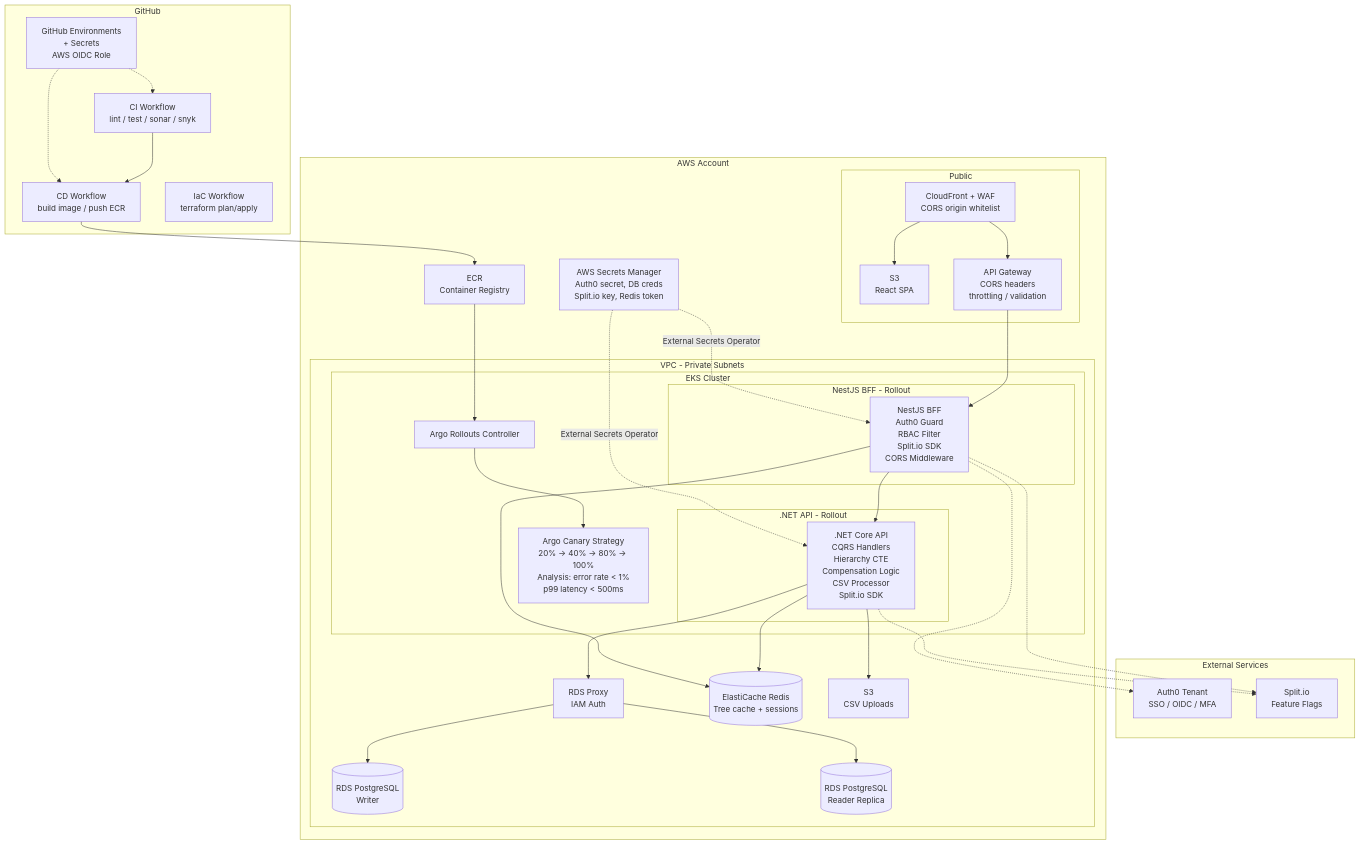
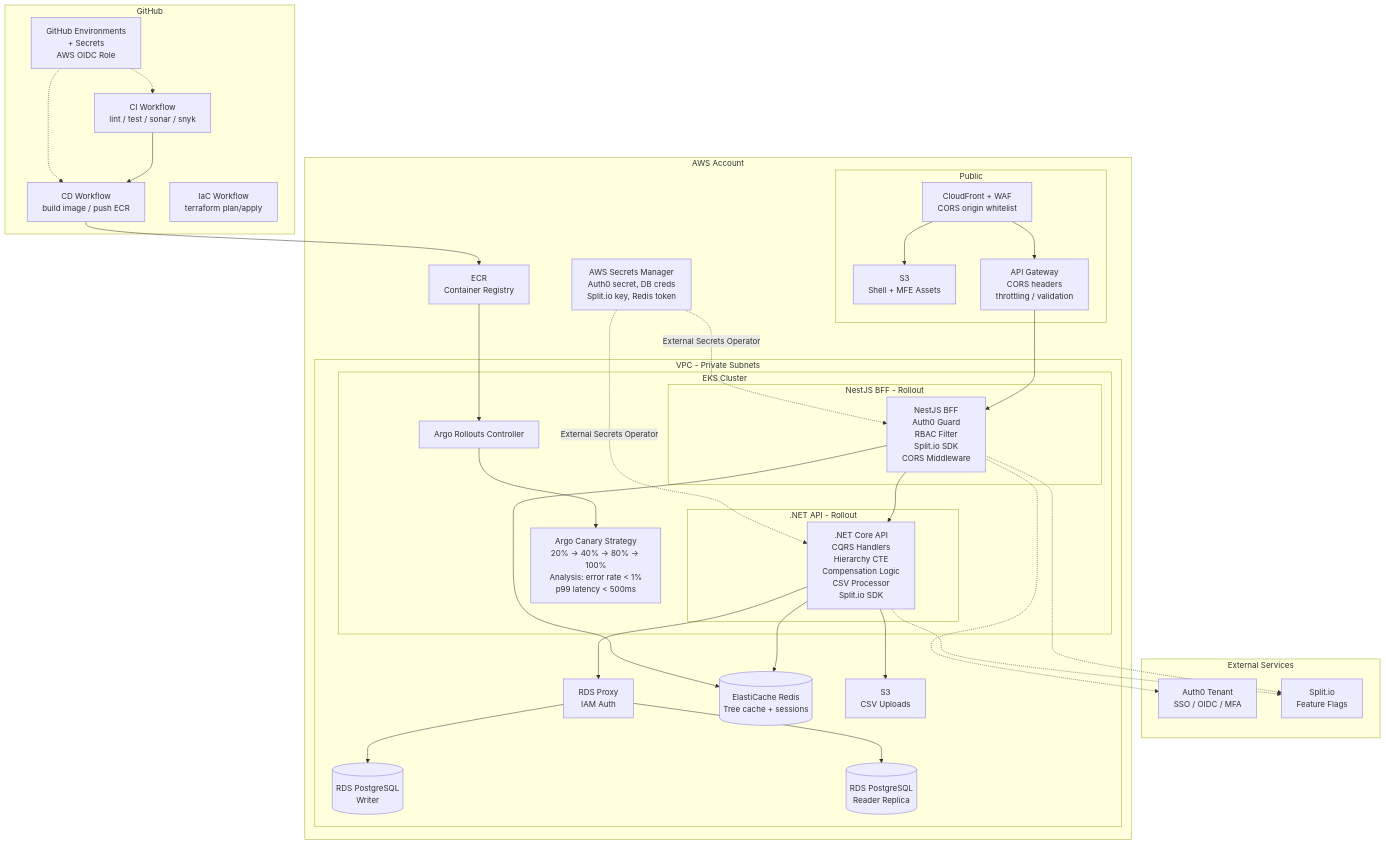
One commit to sukhesh035/employee_budget_allocation changed the first of 24 diagrams in docs/superpowers/specs/2026-04-17-employee-budget-allocation-design.md. Above: the diagram before and after it, drawn with Mermaid. The commit also changed other lines of this file and 7 other files, not shown here.

First line of the commit message:
Restructure to micro frontend architecture with Module Federation

````diff
--- a/docs/superpowers/specs/2026-04-17-employee-budget-allocation-design.md
+++ b/docs/superpowers/specs/2026-04-17-employee-budget-allocation-design.md
@@ -60,69 +60,69 @@
 ```mermaid
 graph TB
     subgraph External Services
         Auth0[Auth0 Tenant<br/>SSO / OIDC / MFA]
         SplitIO[Split.io<br/>Feature Flags]
     end
 
     subgraph GitHub
         CI[CI Workflow<br/>lint / test / sonar / snyk]
         CD[CD Workflow<br/>build image / push ECR]
         IaC[IaC Workflow<br/>terraform plan/apply]
         GHSecrets[GitHub Environments<br/>+ Secrets<br/>AWS OIDC Role]
     end
 
     subgraph AWS Account
         subgraph Public
             CF[CloudFront + WAF<br/>CORS origin whitelist]
-            S3SPA[S3<br/>React SPA]
+            S3Shell[S3<br/>Shell + MFE Assets]
             APIGW[API Gateway<br/>CORS headers<br/>throttling / validation]
         end
 
         ECR[ECR<br/>Container Registry]
         SM[AWS Secrets Manager<br/>Auth0 secret, DB creds<br/>Split.io key, Redis token]
 
         subgraph VPC - Private Subnets
             subgraph EKS Cluster
                 ArgoCtrl[Argo Rollouts Controller]
 
                 subgraph NestJS BFF - Rollout
                     Nest[NestJS BFF<br/>Auth0 Guard<br/>RBAC Filter<br/>Split.io SDK<br/>CORS Middleware]
                 end
 
                 subgraph .NET API - Rollout
                     DotNet[.NET Core API<br/>CQRS Handlers<br/>Hierarchy CTE<br/>Compensation Logic<br/>CSV Processor<br/>Split.io SDK]
                 end
 
                 ArgoStrategy[Argo Canary Strategy<br/>20% → 40% → 80% → 100%<br/>Analysis: error rate < 1%<br/>p99 latency < 500ms]
             end
 
             RDSWriter[(RDS PostgreSQL<br/>Writer)]
             RDSReader[(RDS PostgreSQL<br/>Reader Replica)]
             RDSProxy[RDS Proxy<br/>IAM Auth]
             Redis[(ElastiCache Redis<br/>Tree cache + sessions)]
             S3CSV[S3<br/>CSV Uploads]
         end
     end
 
     CI --> CD
     CD --> ECR
-    CF --> S3SPA
+    CF --> S3Shell
     CF --> APIGW
     APIGW --> Nest
     Nest --> DotNet
     DotNet --> RDSProxy
     RDSProxy --> RDSWriter
     RDSProxy --> RDSReader
     DotNet --> Redis
     Nest --> Redis
     DotNet --> S3CSV
     SM -.->|External Secrets Operator| Nest
     SM -.->|External Secrets Operator| DotNet
     ECR --> ArgoCtrl
     ArgoCtrl --> ArgoStrategy
     Nest -.-> Auth0
     Nest -.-> SplitIO
     DotNet -.-> SplitIO
     GHSecrets -.-> CI
     GHSecrets -.-> CD
 ```
````
